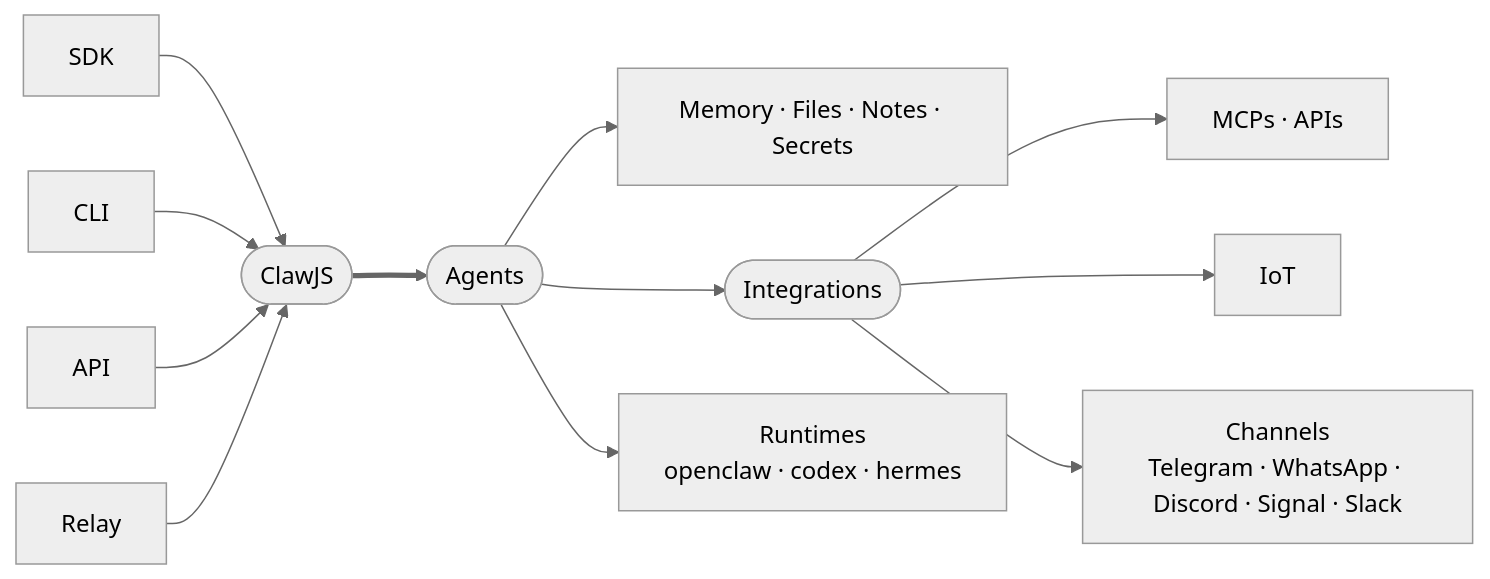
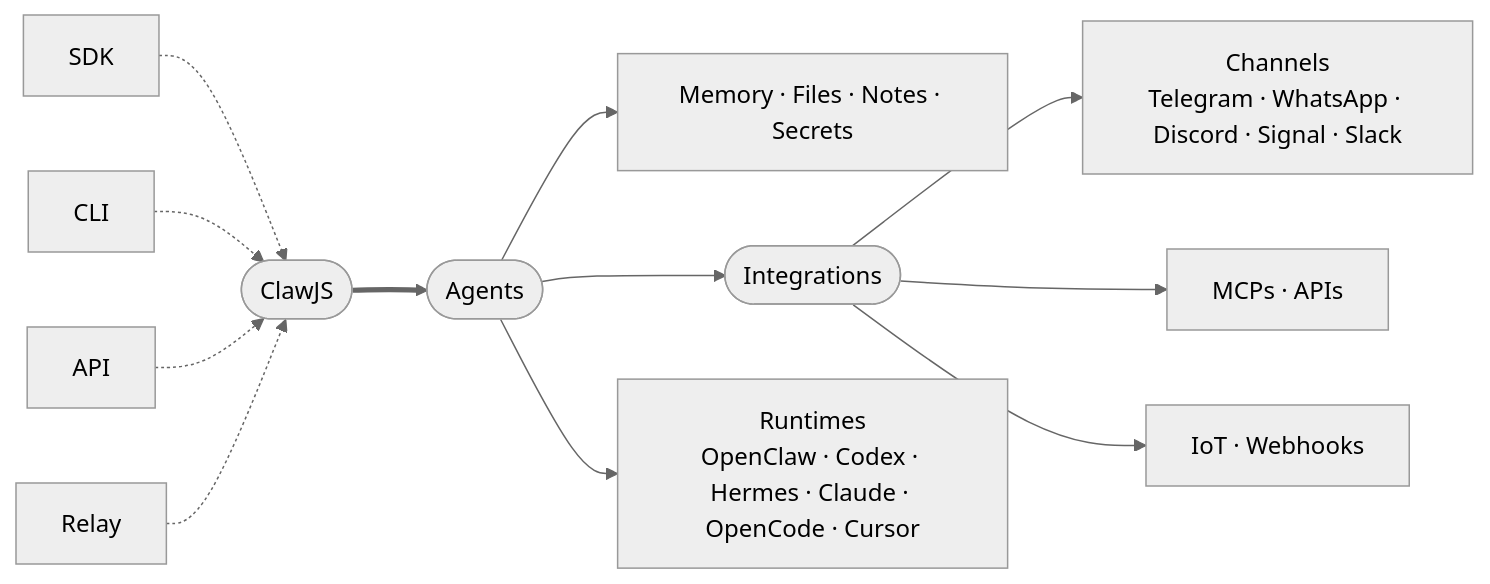
One commit to clawic/claw.js changed the diagram in README.md. Above: the diagram before and after it, drawn with Mermaid (neutral theme).

Commit message:
docs(readme): refresh runtime diagram

````diff
--- a/README.md
+++ b/README.md
@@ -27,14 +27,14 @@
 ```mermaid
 flowchart LR
-  sdk["SDK"] --> claw
-  cli["CLI"] --> claw
-  api["API"] --> claw
-  relay["Relay"] --> claw
+  sdk["SDK"] -.-> claw
+  cli["CLI"] -.-> claw
+  api["API"] -.-> claw
+  relay["Relay"] -.-> claw
   claw(["ClawJS"]) ==> agents(["Agents"])
   agents --> data["Memory · Files · Notes · Secrets"]
   agents --> ext(["Integrations"])
-  agents --> rt["Runtimes<br/>openclaw · codex · hermes"]
+  agents --> rt["Runtimes<br/>OpenClaw · Codex · Hermes · Claude · OpenCode · Cursor"]
+  ext --> channels["Channels<br/>Telegram · WhatsApp · Discord · Signal · Slack"]
   ext --> mcp["MCPs · APIs"]
-  ext --> iot["IoT"]
-  ext --> channels["Channels<br/>Telegram · WhatsApp · Discord · Signal · Slack"]
+  ext --> iot["IoT · Webhooks"]
 ```
````
